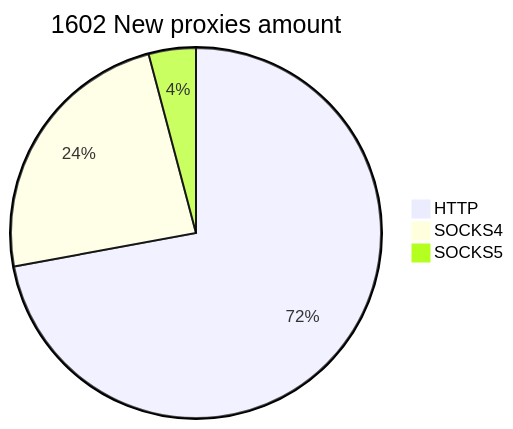
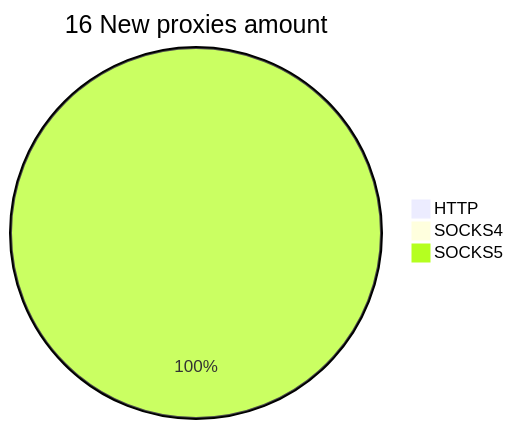
Before and after one commit to cutipu/proxylist: the second of 2 diagrams in README.md, drawn with Mermaid. The commit also changed other lines of this file, not shown here.

````diff
--- a/README.md
+++ b/README.md
@@ -10,6 +10,6 @@
 ```mermaid
-pie title 1602 New proxies amount
-    "HTTP" : 1155
-    "SOCKS4" : 381
-    "SOCKS5" : 66
+pie title 16 New proxies amount
+    "HTTP" : 0
+    "SOCKS4" : 0
+    "SOCKS5" : 16
 ```
````
